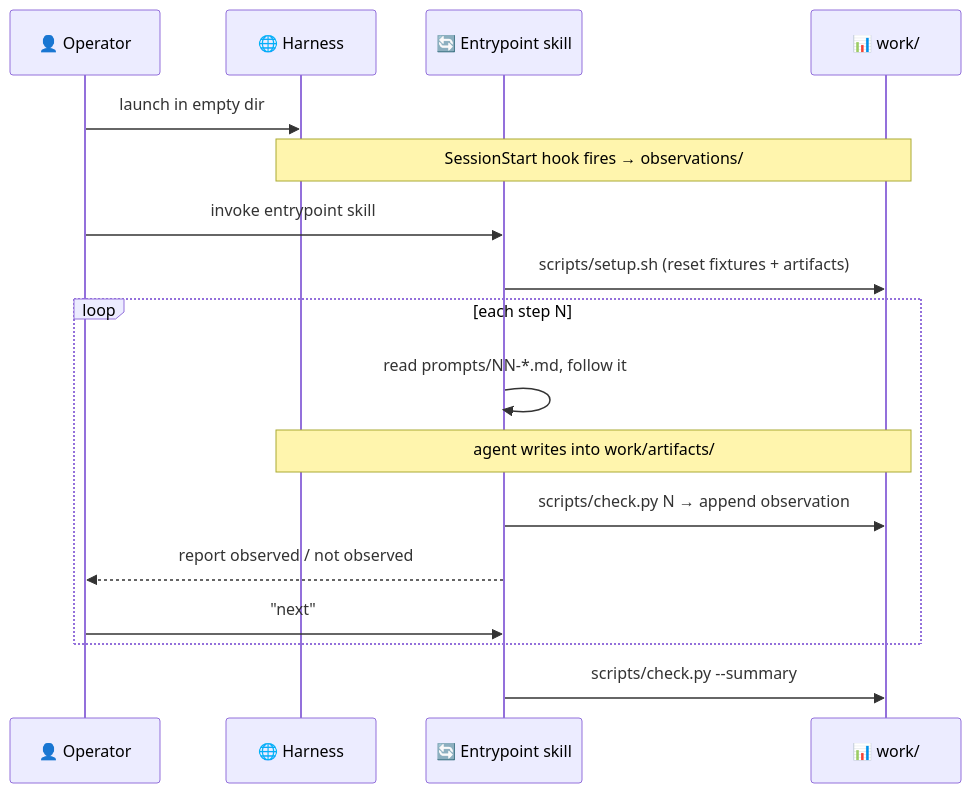
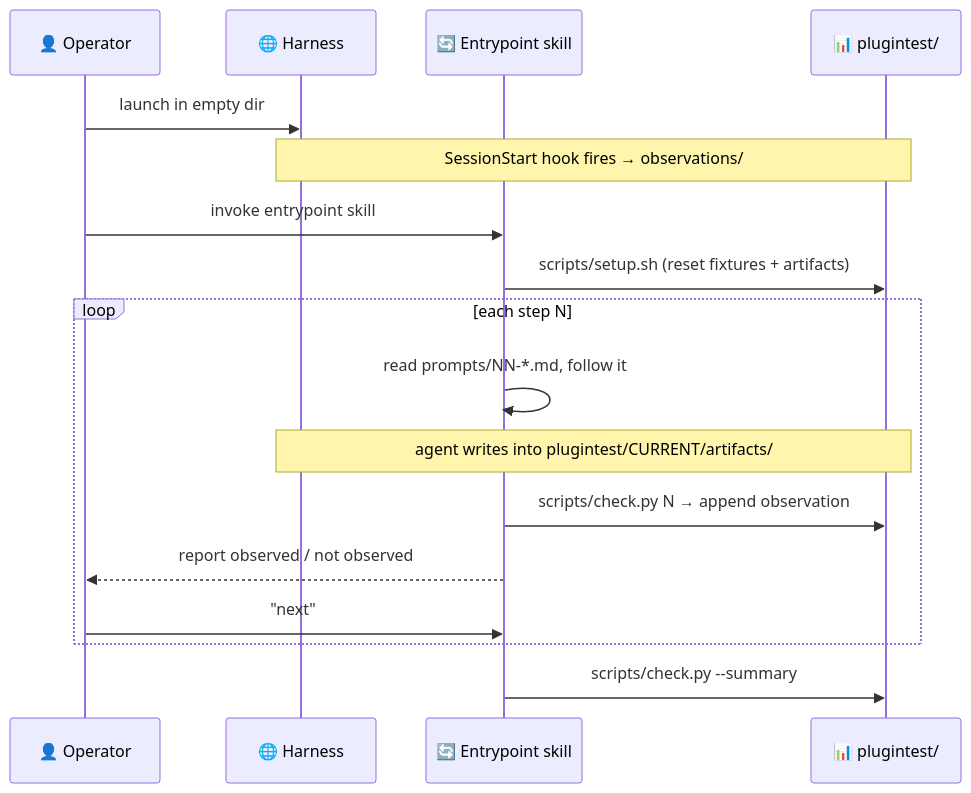
One commit to Texarkanine/open-plugins-surface-test changed the second of 3 diagrams in DESIGN.md. Above: the diagram before and after it, drawn with Mermaid. The commit also changed other lines of this file and 31 other files, not shown here.

````diff
--- a/DESIGN.md
+++ b/DESIGN.md
@@ -63,22 +63,22 @@
 ```mermaid
 sequenceDiagram
     participant O as 👤 Operator
     participant H as 🌐 Harness
     participant E as 🔄 Entrypoint skill
-    participant F as 📊 work/
+    participant F as 📊 plugintest/
 
     O->>H: launch in empty dir
     Note over H,F: SessionStart hook fires → observations/
     O->>E: invoke entrypoint skill
     E->>F: scripts/setup.sh (reset fixtures + artifacts)
 
     loop each step N
         E->>E: read prompts/NN-*.md, follow it
-        Note over H,F: agent writes into work/artifacts/
+        Note over H,F: agent writes into plugintest/CURRENT/artifacts/
         E->>F: scripts/check.py N → append observation
         E-->>O: report observed / not observed
         O->>E: "next"
     end
 
     E->>F: scripts/check.py --summary
 ```
````
